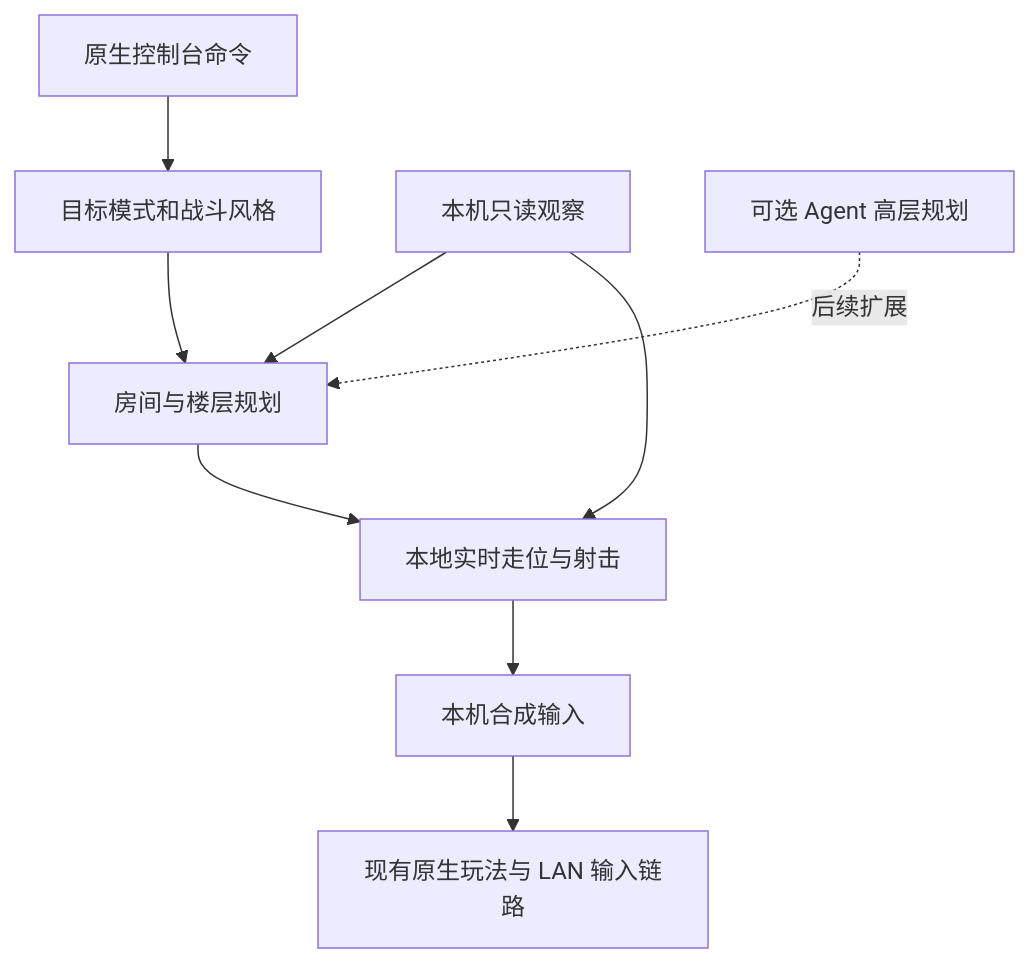
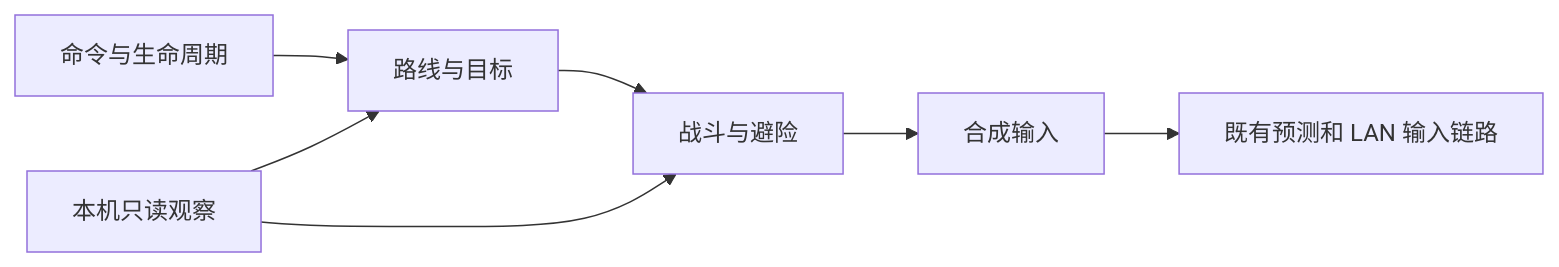
Before and after one commit to BMingSY/isaac-lan: the diagram in docs/lanbot-design.md, drawn with Mermaid. The commit also changed other lines of this file and 45 other files, not shown here.

````diff
--- a/docs/lanbot-design.md
+++ b/docs/lanbot-design.md
@@ -139,11 +7,9 @@
 ```mermaid
-flowchart TD
-    C[原生控制台命令] --> G[目标模式和战斗风格]
-    O[本机只读观察] --> R[房间与楼层规划]
-    G --> R
-    R --> T[本地实时走位与射击]
-    O --> T
-    T --> I[本机合成输入]
-    I --> N[现有原生玩法与 LAN 输入链路]
-    A[可选 Agent 高层规划] -. 后续扩展 .-> R
+flowchart LR
+    C[命令与生命周期] --> P[路线与目标]
+    O[本机只读观察] --> P
+    O --> B[战斗与避险]
+    P --> B
+    B --> I[合成输入]
+    I --> N[既有预测和 LAN 输入链路]
 ```
````
